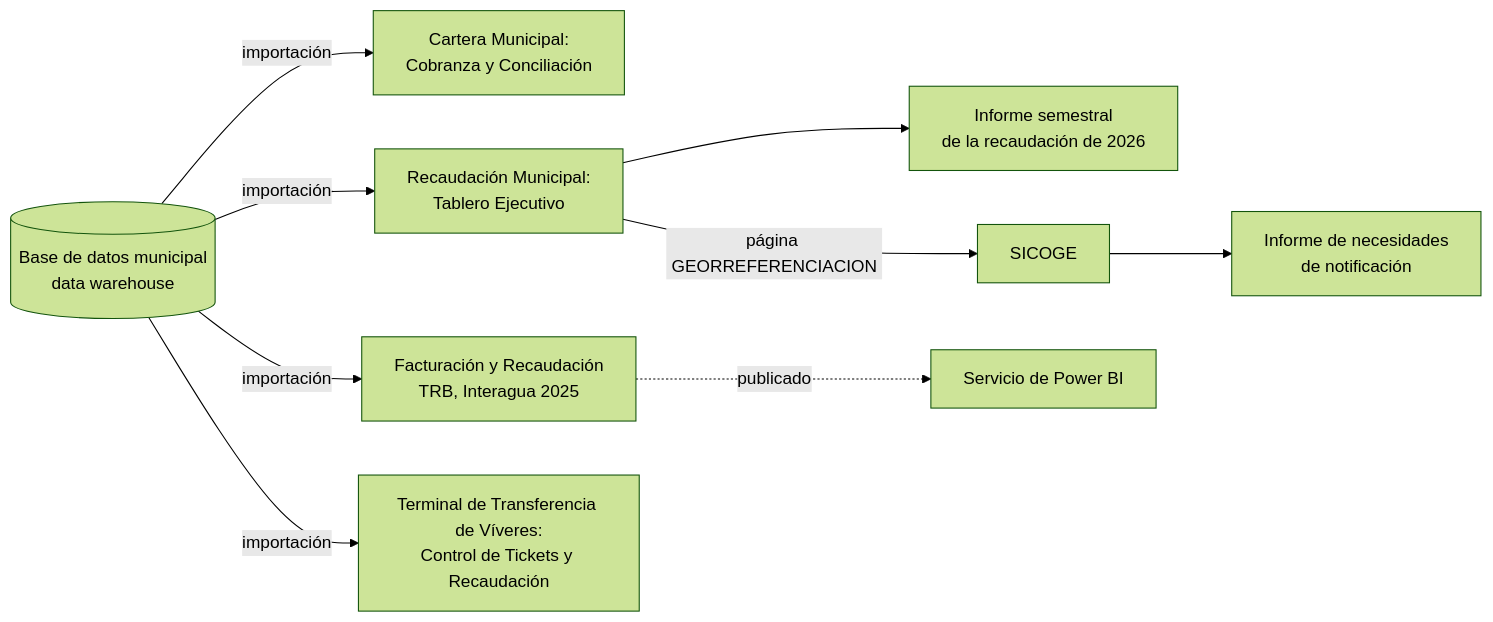
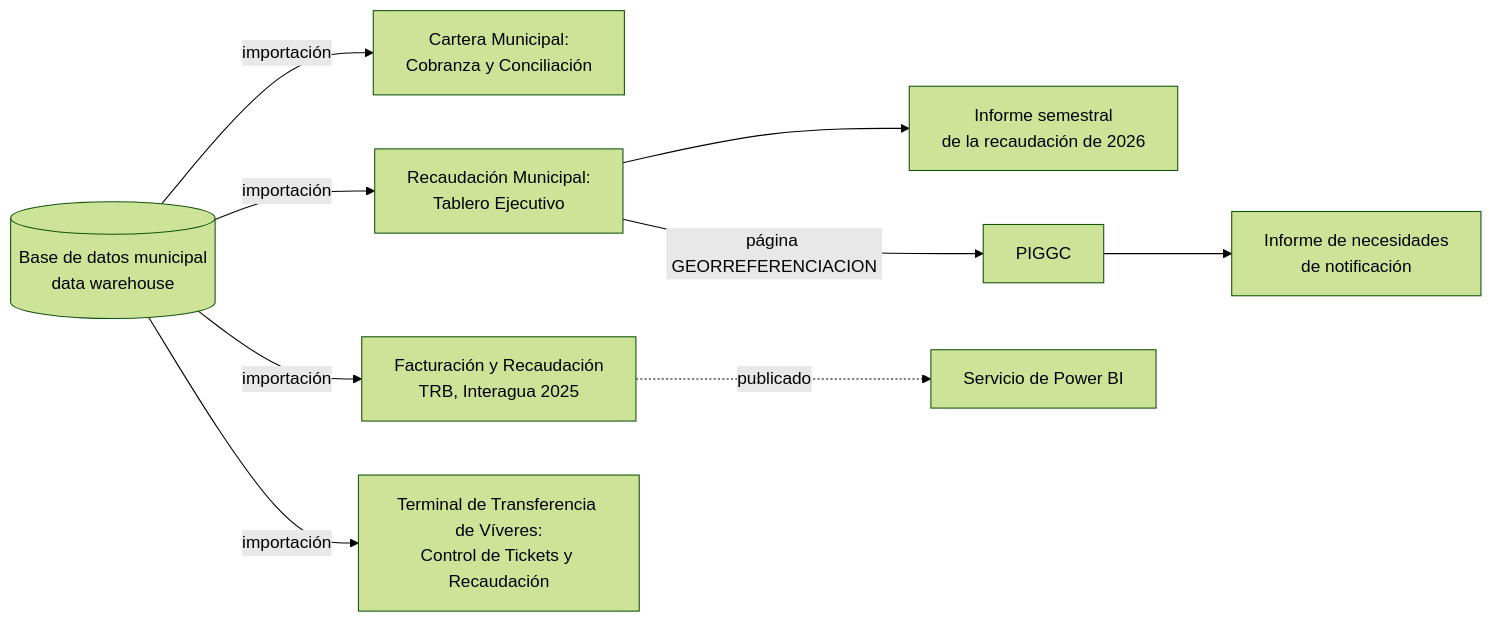
Before and after one commit to jamil73jev/Dashboards-de-Power-BI: the first of 2 diagrams in README.md, drawn with Mermaid (forest theme). The commit also changed other lines of this file and 1 other file, not shown here.

First line of the commit message:
Actualizar nombres de sistemas relacionados (PIGGC, SIGCC)

````diff
--- a/README.md
+++ b/README.md
@@ -21,12 +21,12 @@
 ```mermaid
 flowchart LR
     DW[("Base de datos municipal<br/>data warehouse")]
     DW -->|"importación"| C["Cartera Municipal:<br/>Cobranza y Conciliación"]
     DW -->|"importación"| R["Recaudación Municipal:<br/>Tablero Ejecutivo"]
     DW -->|"importación"| T["Facturación y Recaudación<br/>TRB, Interagua 2025"]
     DW -->|"importación"| V["Terminal de Transferencia de Víveres:<br/>Control de Tickets y Recaudación"]
     R --> IR["Informe semestral<br/>de la recaudación de 2026"]
-    R -->|"página GEORREFERENCIACION"| S["SICOGE"]
+    R -->|"página GEORREFERENCIACION"| S["PIGGC"]
     S --> IN["Informe de necesidades<br/>de notificación"]
     T -.->|"publicado"| SP["Servicio de Power BI"]
 ```
````
